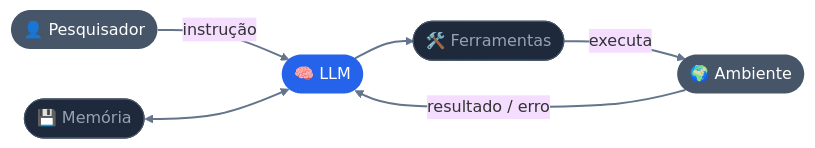
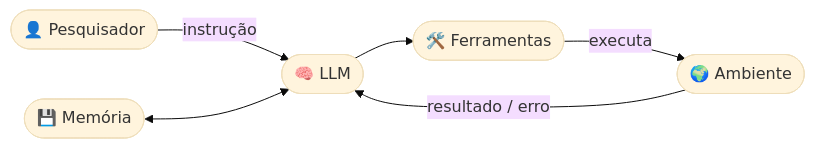
The diagram in Intro-to-ClaudeCode-CERES-2026/slides.qmd (felipelmc/Presentations), drawn with Mermaid (base theme) before and after one commit. The commit also changed other lines of this file and 419 other files, not shown here.

````diff
--- a/Intro-to-ClaudeCode-CERES-2026/slides.qmd
+++ b/Intro-to-ClaudeCode-CERES-2026/slides.qmd
@@ -97,16 +62,12 @@
 ```{mermaid}
 %%| fig-width: 9
 flowchart LR
   H(["👤  Pesquisador"]) -->|instrução| L(["🧠  LLM"])
   M(["💾  Memória"]) <--> L
   L --> T(["🛠️  Ferramentas"])
   T -->|executa| E(["🌍  Ambiente"])
   E -->|"resultado / erro"| L
-
-  style H fill:#475569,color:white,stroke:none
-  style L fill:#2563eb,color:white,stroke:none
-  style M fill:#1e293b,color:#94a3b8,stroke:#475569
-  style T fill:#1e293b,color:#94a3b8,stroke:#475569
-  style E fill:#475569,color:white,stroke:none
-  linkStyle default stroke:#64748b,stroke-width:2px
+  class L destaque
+  class H,E apoio
+  class M,T neutro
 ```
````
